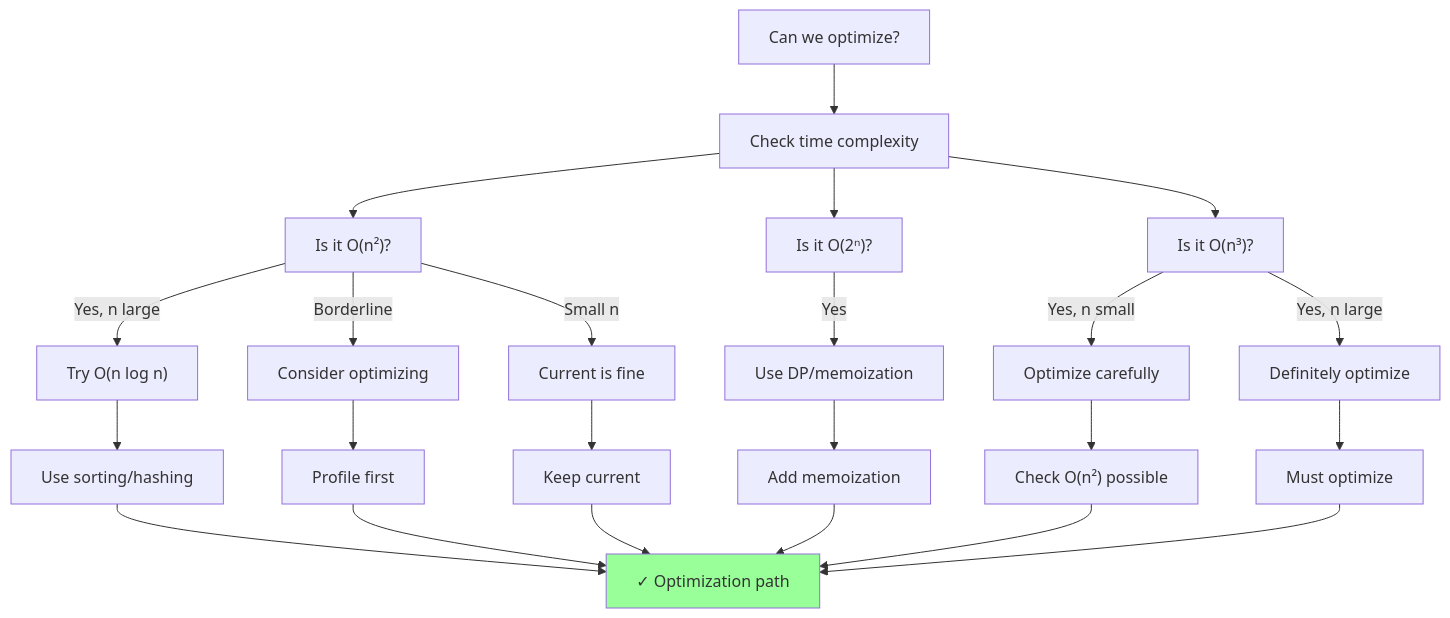
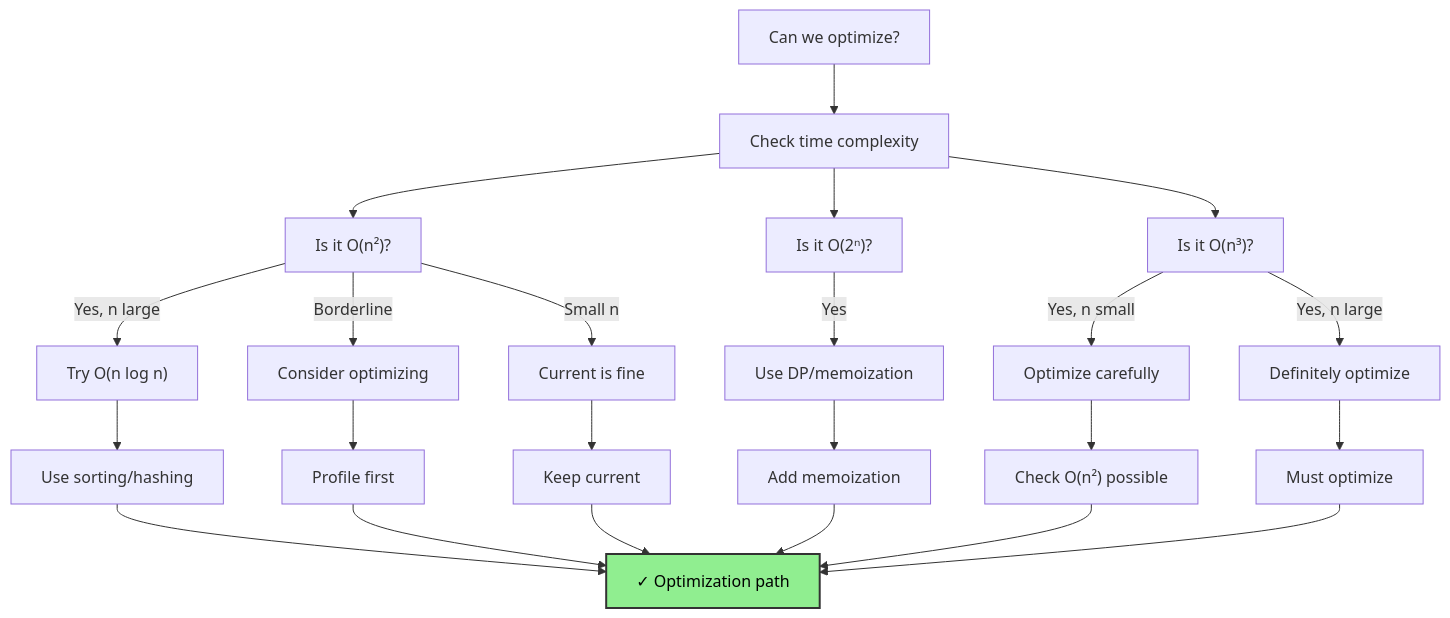
One commit to souradeepta/interviewprep changed the third of 7 diagrams in docs/guides/problem_solving_flowchart.md. Above: the diagram before and after it, drawn with Mermaid. The commit also changed other lines of this file and 31 other files, not shown here.

Commit message:
updated graphs

````diff
--- a/docs/guides/problem_solving_flowchart.md
+++ b/docs/guides/problem_solving_flowchart.md
@@ -170,32 +170,32 @@
 ```mermaid
 graph TD
     A["Can we optimize?"] --> B["Check time complexity"]
     
     B --> C["Is it O(n²)?"]
     C -->|Yes, n large| D["Try O(n log n)"]
     C -->|Borderline| E["Consider optimizing"]
     C -->|Small n| F["Current is fine"]
     
     B --> G["Is it O(2ⁿ)?"]
     G -->|Yes| H["Use DP/memoization"]
     
     B --> I["Is it O(n³)?"]
     I -->|Yes, n small| J["Optimize carefully"]
     I -->|Yes, n large| K["Definitely optimize"]
     
     D --> L["Use sorting/hashing"]
     E --> M["Profile first"]
     F --> N["Keep current"]
     H --> O["Add memoization"]
     J --> P["Check O(n²) possible"]
     K --> Q["Must optimize"]
     
     L --> R["✓ Optimization path"]
     M --> R
     N --> R
     O --> R
     P --> R
     Q --> R
     
-    style R fill:#99ff99
+    style R fill:#90ee90,color:#000,stroke:#333,stroke-width:2px
 ```
````
